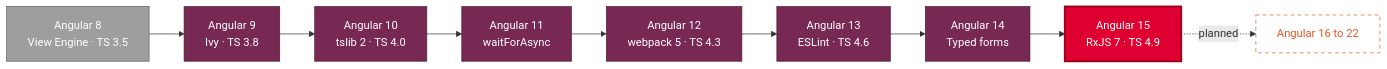
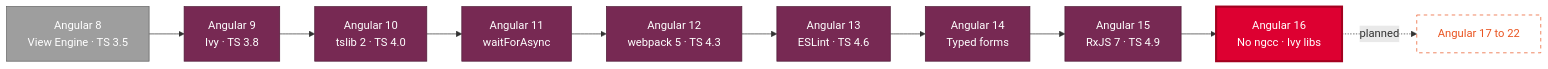
Before and after one commit to NisanurBulut/KimOkurAPP: the sixth of 6 diagrams in README.md, drawn with Mermaid. The commit also changed other lines of this file and 32 other files, not shown here.

````diff
--- a/README.md
+++ b/README.md
@@ -443,20 +443,21 @@
 ```mermaid
 flowchart LR
     A8["Angular 8<br/>View Engine · TS 3.5"] --> A9["Angular 9<br/>Ivy · TS 3.8"]
     A9 --> A10["Angular 10<br/>tslib 2 · TS 4.0"]
     A10 --> A11["Angular 11<br/>waitForAsync"]
     A11 --> A12["Angular 12<br/>webpack 5 · TS 4.3"]
     A12 --> A13["Angular 13<br/>ESLint · TS 4.6"]
     A13 --> A14["Angular 14<br/>Typed forms"]
     A14 --> A15["Angular 15<br/>RxJS 7 · TS 4.9"]
-    A15 -.->|"planned"| NEXT["Angular 16 to 22"]
+    A15 --> A16["Angular 16<br/>No ngcc · Ivy libs"]
+    A16 -.->|"planned"| NEXT["Angular 17 to 22"]
 
     classDef old fill:#9E9E9E,stroke:#616161,color:#ffffff
     classDef step fill:#772953,stroke:#4E1B37,color:#ffffff
     classDef now fill:#DD0031,stroke:#A3001F,color:#ffffff,stroke-width:3px
     classDef next fill:#ffffff,stroke:#E95420,color:#E95420,stroke-dasharray:5 5
     class A8 old
-    class A9,A10,A11,A12,A13,A14 step
-    class A15 now
+    class A9,A10,A11,A12,A13,A14,A15 step
+    class A16 now
     class NEXT next
 ```
````
